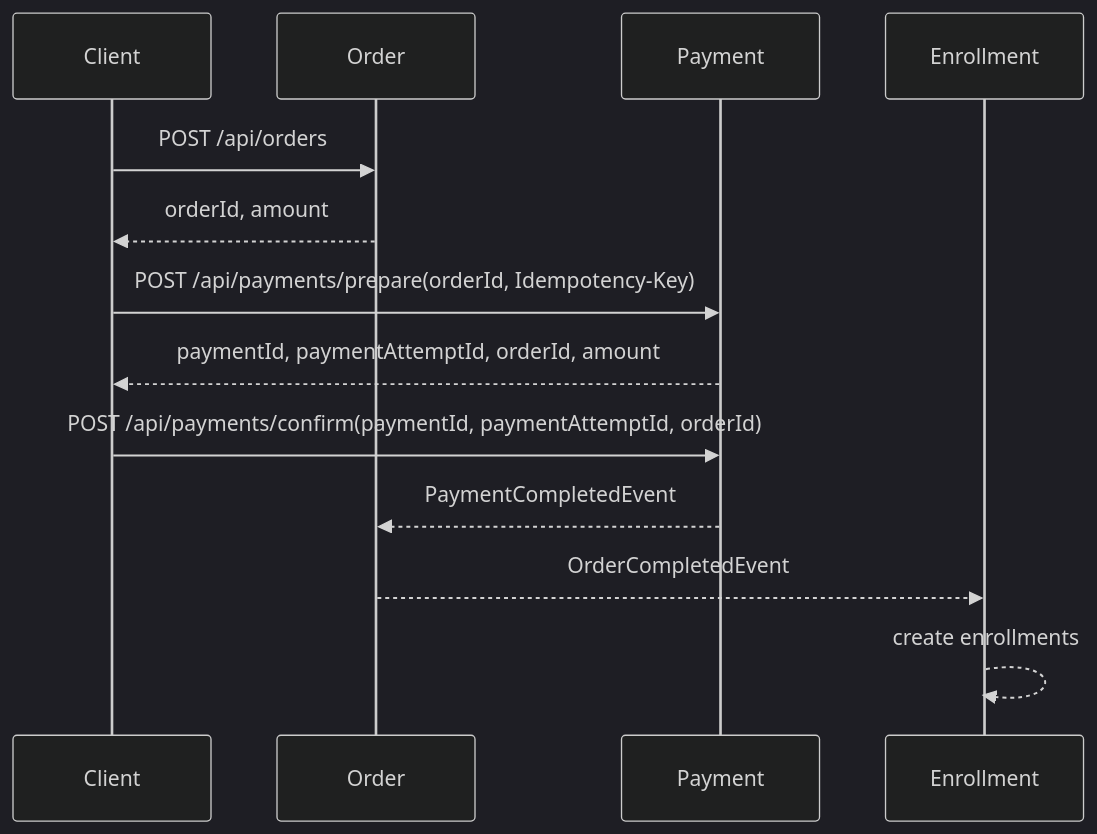
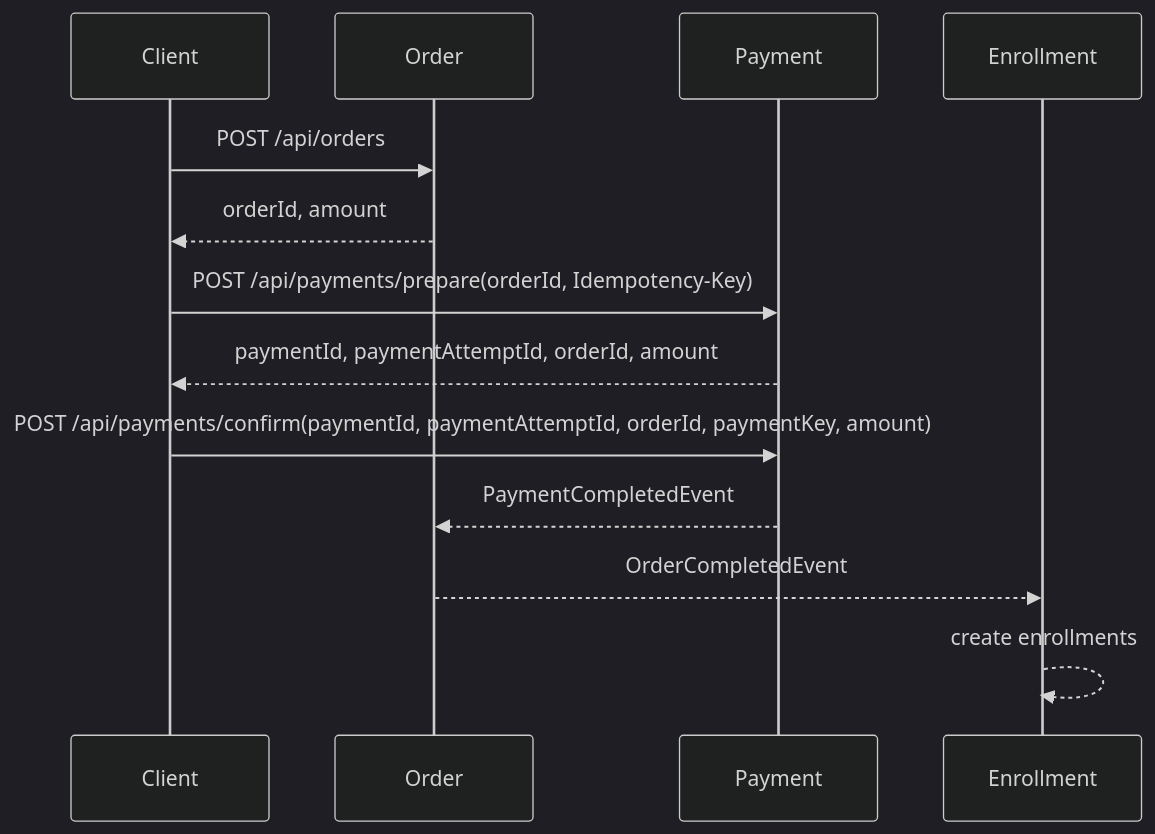
One commit to dawwson/lernix-server changed the diagram in docs/architecture/purchase-flow.md. Above: the diagram before and after it, drawn with Mermaid (dark theme). The commit also changed other lines of this file and 15 other files, not shown here.

````diff
--- a/docs/architecture/purchase-flow.md
+++ b/docs/architecture/purchase-flow.md
@@ -16,16 +16,16 @@
 ```mermaid
 sequenceDiagram
     participant Client
     participant Order
     participant Payment
     participant Enrollment
 
     Client->>Order: POST /api/orders
     Order-->>Client: orderId, amount
     Client->>Payment: POST /api/payments/prepare(orderId, Idempotency-Key)
     Payment-->>Client: paymentId, paymentAttemptId, orderId, amount
-    Client->>Payment: POST /api/payments/confirm(paymentId, paymentAttemptId, orderId)
+    Client->>Payment: POST /api/payments/confirm(paymentId, paymentAttemptId, orderId, paymentKey, amount)
     Payment-->>Order: PaymentCompletedEvent
     Order-->>Enrollment: OrderCompletedEvent
     Enrollment-->>Enrollment: create enrollments
 ```
````
